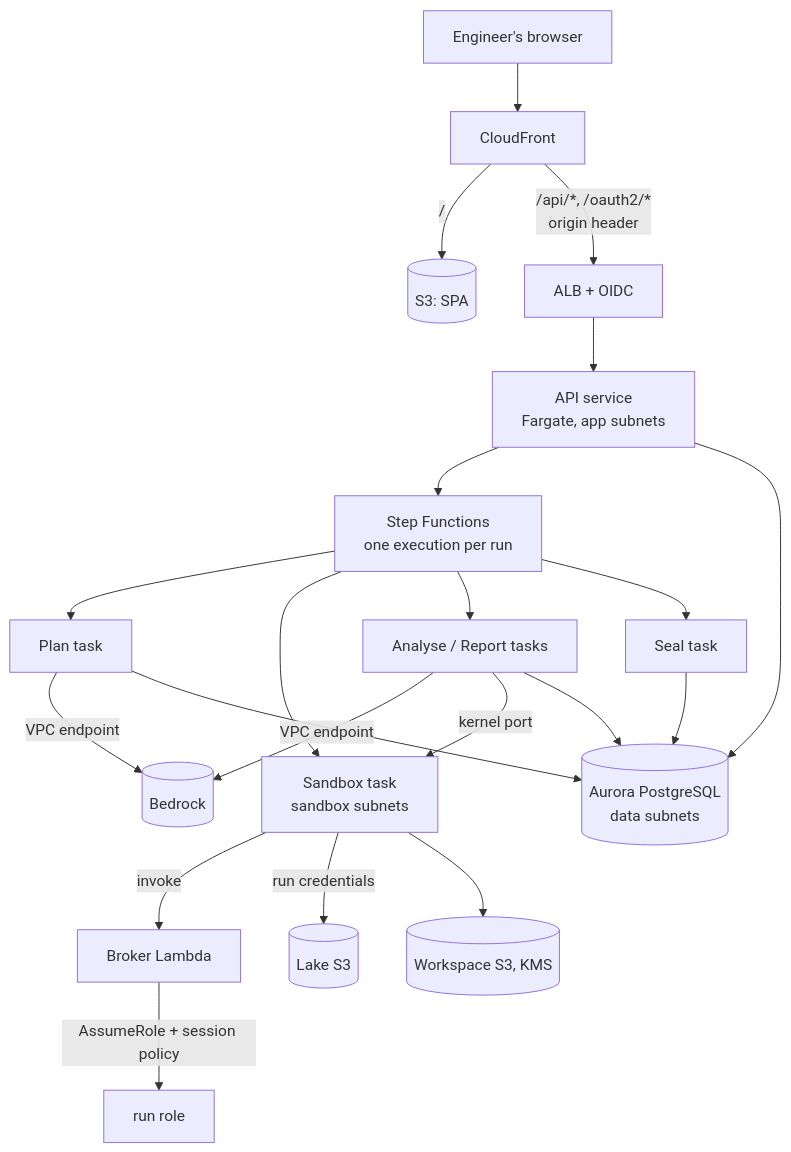
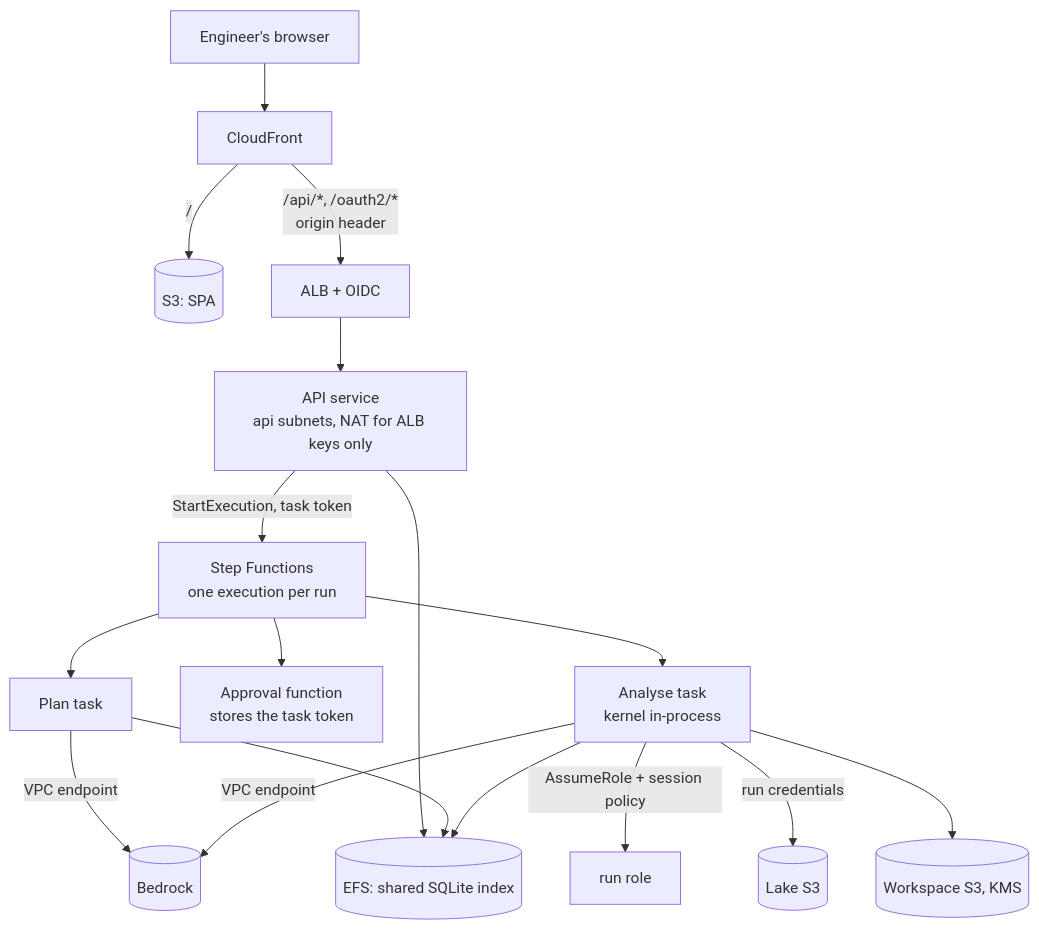
One commit to kausalflow/alchemist changed the diagram in docs/guides/deploy-aws.md. Above: the diagram before and after it, drawn with Mermaid. The commit also changed other lines of this file and 19 other files, not shown here.

First line of the commit message:
Match the app threads' entry points: in-process kernel by default, Step Functions launcher, API-only egress, shared SQLite

````diff
--- a/docs/guides/deploy-aws.md
+++ b/docs/guides/deploy-aws.md
@@ -16,19 +16,16 @@
 ```mermaid
 flowchart TB
     U[Engineer's browser] --> CF[CloudFront]
     CF -->|/| WEB[(S3: SPA)]
     CF -->|/api/*, /oauth2/*<br/>origin header| ALB[ALB + OIDC]
-    ALB --> API[API service<br/>Fargate, app subnets]
-    API --> SF[Step Functions<br/>one execution per run]
+    ALB --> API[API service<br/>api subnets, NAT for ALB keys only]
+    API -->|StartExecution, task token| SF[Step Functions<br/>one execution per run]
     SF --> PLAN[Plan task]
-    SF --> SBX[Sandbox task<br/>sandbox subnets]
-    SF --> AN[Analyse / Report tasks]
-    SF --> SEAL[Seal task]
+    SF --> AP[Approval function<br/>stores the task token]
+    SF --> AN[Analyse task<br/>kernel in-process]
     PLAN & AN -->|VPC endpoint| BR[(Bedrock)]
-    AN -->|kernel port| SBX
-    SBX -->|invoke| BROKER[Broker Lambda]
-    BROKER -->|AssumeRole + session policy| RUN[run role]
-    SBX -->|run credentials| LAKE[(Lake S3)]
-    SBX --> WS[(Workspace S3, KMS)]
-    API & PLAN & AN & SEAL --> PG[(Aurora PostgreSQL<br/>data subnets)]
+    AN -->|AssumeRole + session policy| RUN[run role]
+    AN -->|run credentials| LAKE[(Lake S3)]
+    AN --> WS[(Workspace S3, KMS)]
+    API & PLAN & AN --> FS[(EFS: shared SQLite index)]
 ```
````
